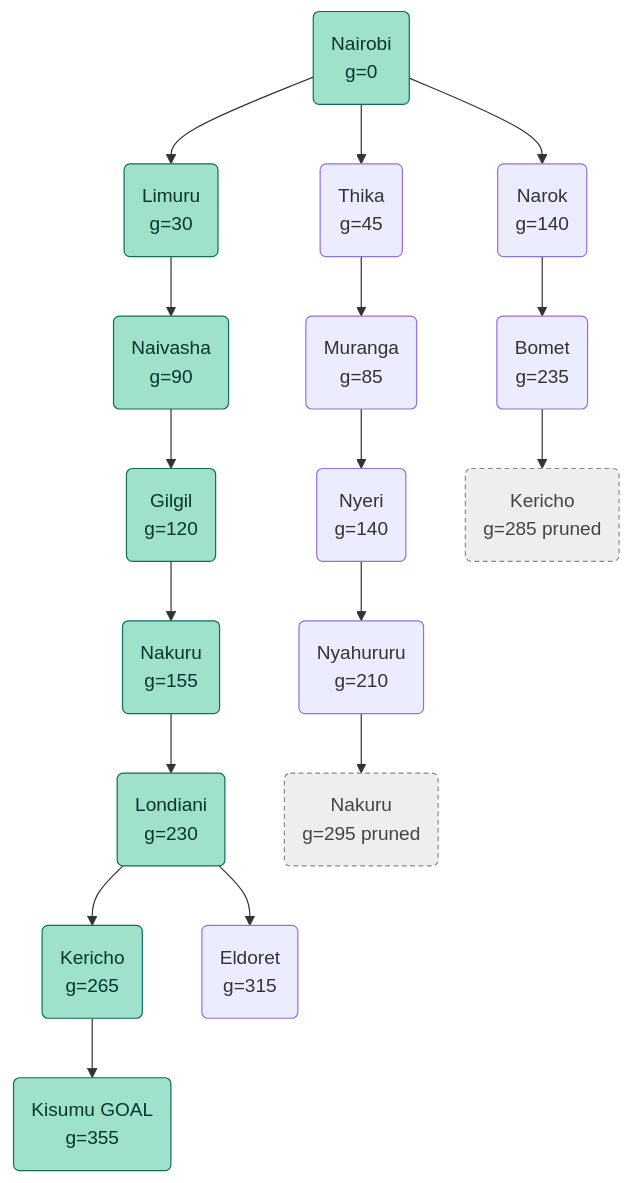
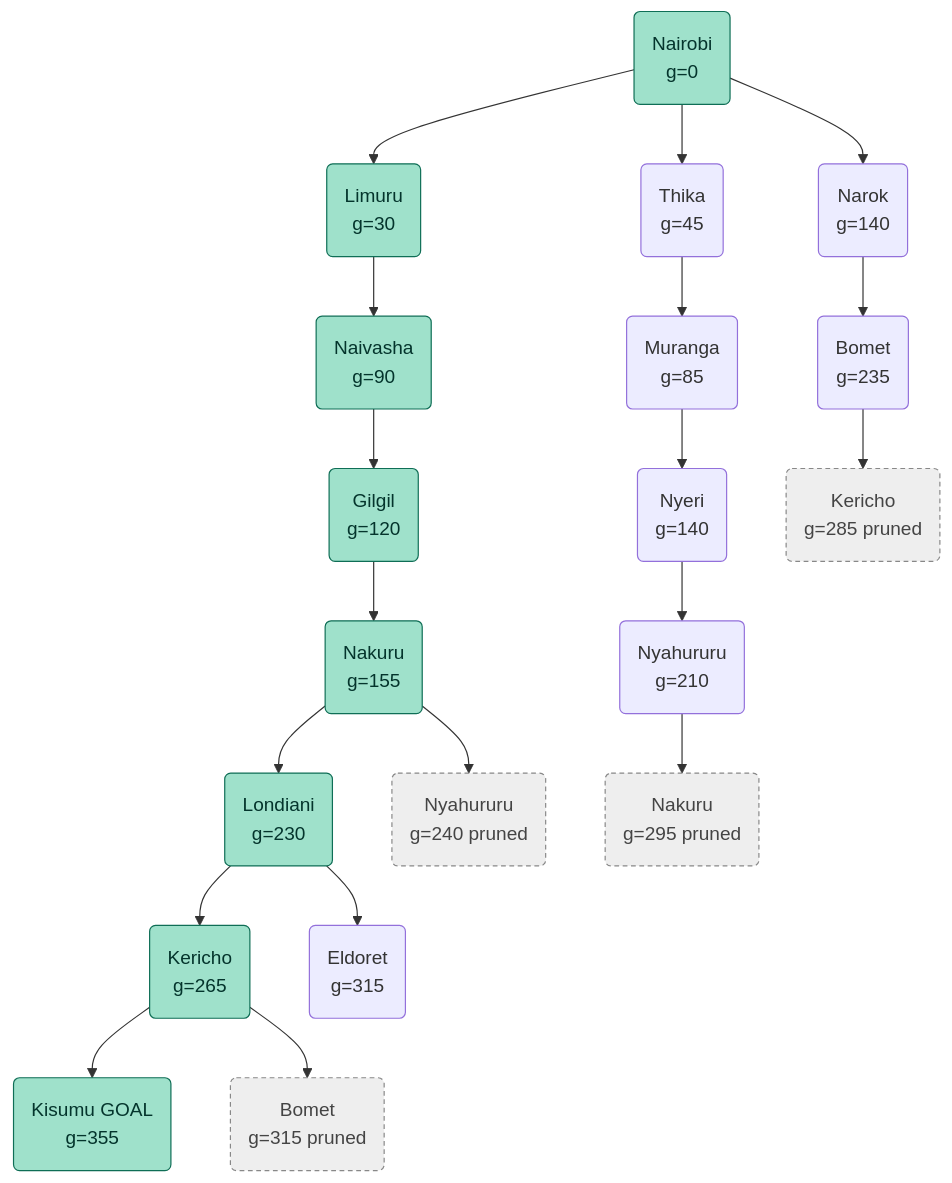
One commit to LOUIEMAINA/PS-Agents changed the second of 2 diagrams in design (1).md. Above: the diagram before and after it, drawn with Mermaid. The commit also changed other lines of this file, not shown here.

````diff
--- a/design (1).md
+++ b/design (1).md
@@ -129,30 +128,32 @@
 ```mermaid
 flowchart TD
     A("Nairobi<br/>g=0") --> B("Limuru<br/>g=30")
     A --> C("Thika<br/>g=45")
     A --> D("Narok<br/>g=140")
 
     B --> E("Naivasha<br/>g=90")
     C --> F("Muranga<br/>g=85")
     D --> G("Bomet<br/>g=235")
 
     E --> H("Gilgil<br/>g=120")
     F --> I("Nyeri<br/>g=140")
     G --> J("Kericho<br/>g=285 pruned")
 
-    H --> K("Nakuru<br/>g=155")
-    I --> L("Nyahururu<br/>g=210")
+    H --> L("Nakuru<br/>g=155")
+    I --> M("Nyahururu<br/>g=210")
 
-    K --> M("Londiani<br/>g=230")
-    L --> N("Nakuru<br/>g=295 pruned")
+    L --> O("Londiani<br/>g=230")
+    L --> P("Nyahururu<br/>g=240 pruned")
+    M --> Q("Nakuru<br/>g=295 pruned")
 
-    M --> O("Kericho<br/>g=265")
-    M --> P("Eldoret<br/>g=315")
+    O --> R("Kericho<br/>g=265")
+    O --> S("Eldoret<br/>g=315")
 
-    O --> Q("Kisumu GOAL<br/>g=355")
+    R --> T("Kisumu GOAL<br/>g=355")
+    R --> U("Bomet<br/>g=315 pruned")
 
     classDef optimal fill:#9FE1CB,stroke:#0F6E56,color:#04342C
     classDef pruned fill:#eeeeee,stroke:#888888,color:#444444,stroke-dasharray:4 3
-    class A,B,E,H,K,M,O,Q optimal
-    class J,N pruned
+    class A,B,E,H,L,O,R,T optimal
+    class J,P,Q,U pruned
 ```
````
